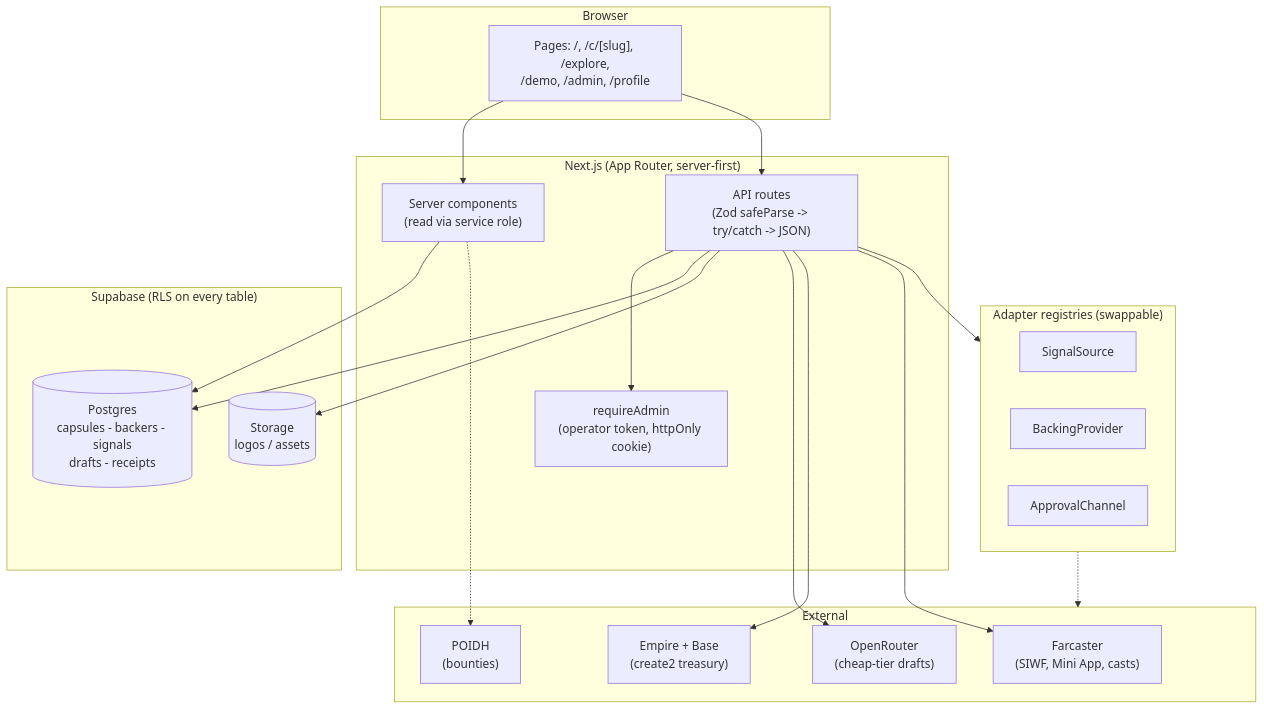
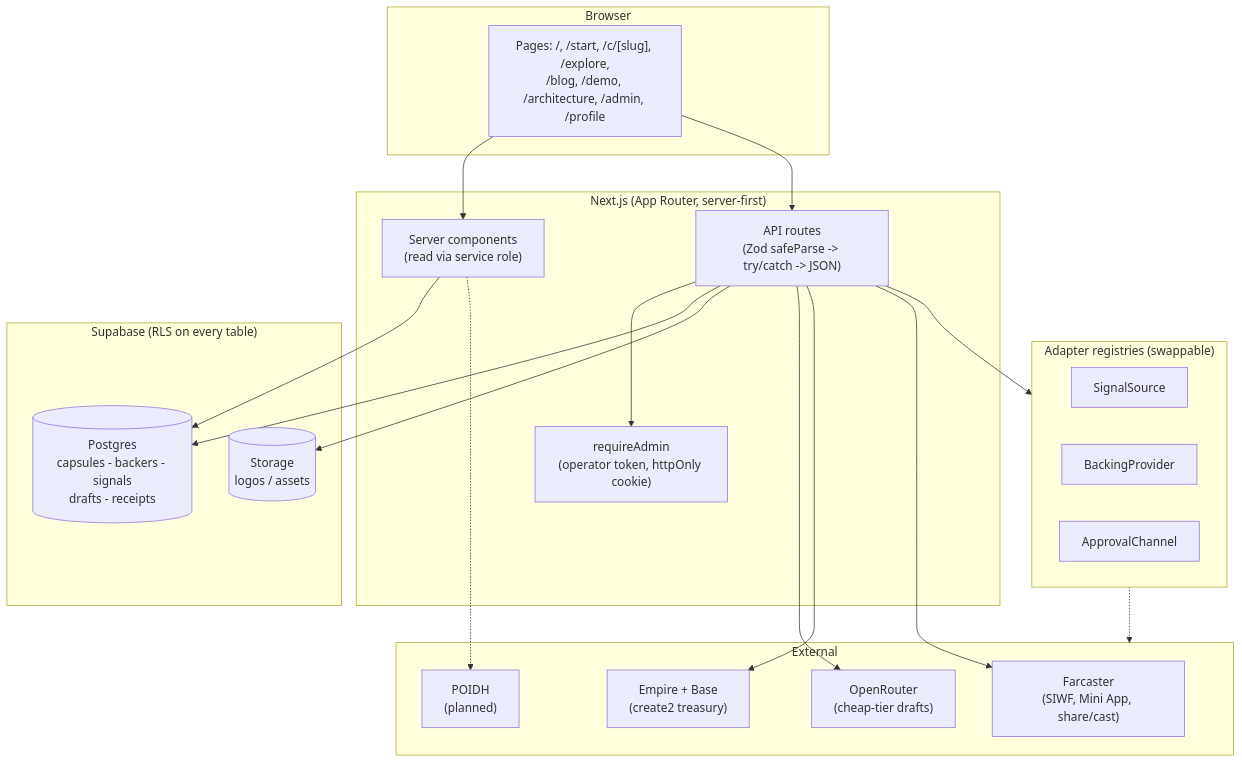
The second of 6 diagrams in README.md (bettercallzaal/sparkz), drawn with Mermaid before and after one commit. The commit also changed other lines of this file, not shown here.

````diff
--- a/README.md
+++ b/README.md
@@ -154,43 +196,43 @@
 ```mermaid
 flowchart TB
   subgraph Browser
-    UI["Pages: /, /c/[slug], /explore,<br/>/demo, /admin, /profile"]
+    UI["Pages: /, /start, /c/[slug], /explore,<br/>/blog, /demo, /architecture, /admin, /profile"]
   end
 
   subgraph Next["Next.js (App Router, server-first)"]
     Pages["Server components<br/>(read via service role)"]
     API["API routes<br/>(Zod safeParse -> try/catch -> JSON)"]
     Auth["requireAdmin<br/>(operator token, httpOnly cookie)"]
   end
 
   subgraph Data["Supabase (RLS on every table)"]
     DB[("Postgres<br/>capsules - backers - signals<br/>drafts - receipts")]
     Store[("Storage<br/>logos / assets")]
   end
 
   subgraph Seams["Adapter registries (swappable)"]
     SS["SignalSource"]
     BP["BackingProvider"]
     AC["ApprovalChannel"]
   end
 
   subgraph Ext["External"]
     OR["OpenRouter<br/>(cheap-tier drafts)"]
     EM["Empire + Base<br/>(create2 treasury)"]
-    FC["Farcaster<br/>(SIWF, Mini App, casts)"]
-    PO["POIDH<br/>(bounties)"]
+    FC["Farcaster<br/>(SIWF, Mini App, share/cast)"]
+    PO["POIDH<br/>(planned)"]
   end
 
   UI --> Pages
   UI --> API
   API --> Auth
   Pages --> DB
   API --> DB
   API --> Store
   API --> Seams
   Seams -.-> Ext
   API --> OR
   API --> EM
   API --> FC
   Pages -.-> PO
 ```
````
